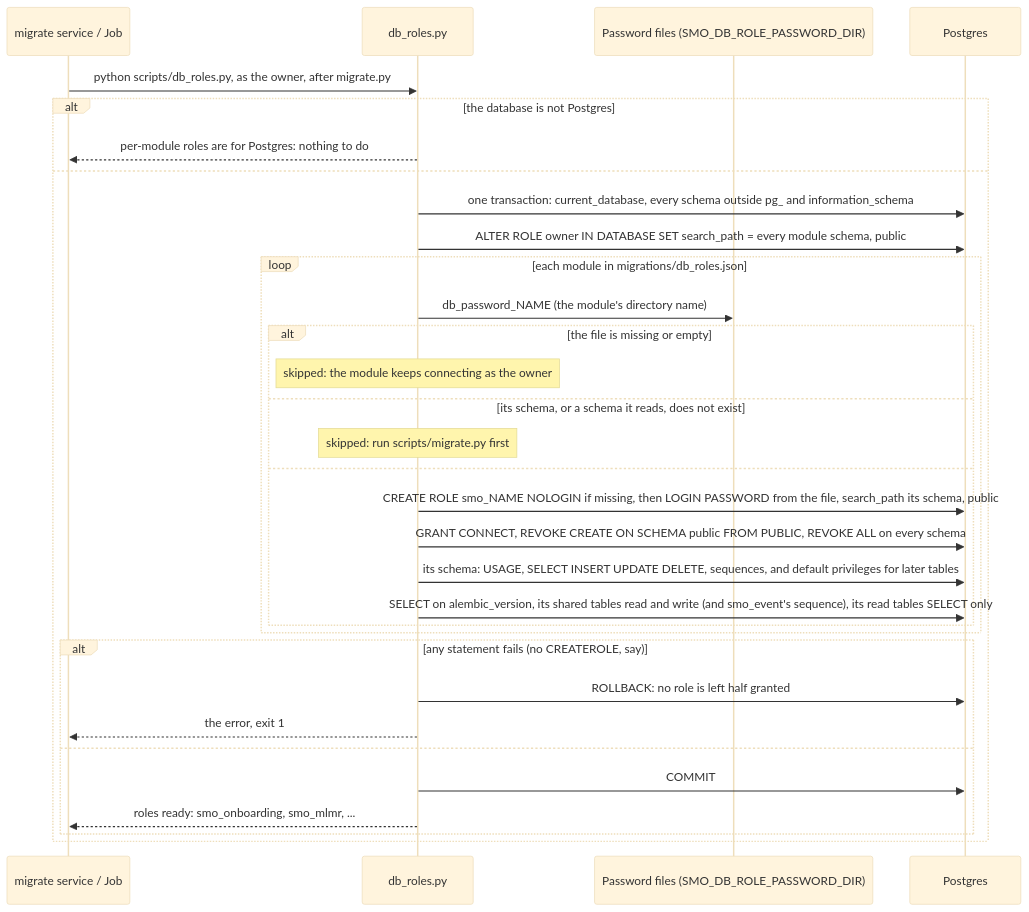
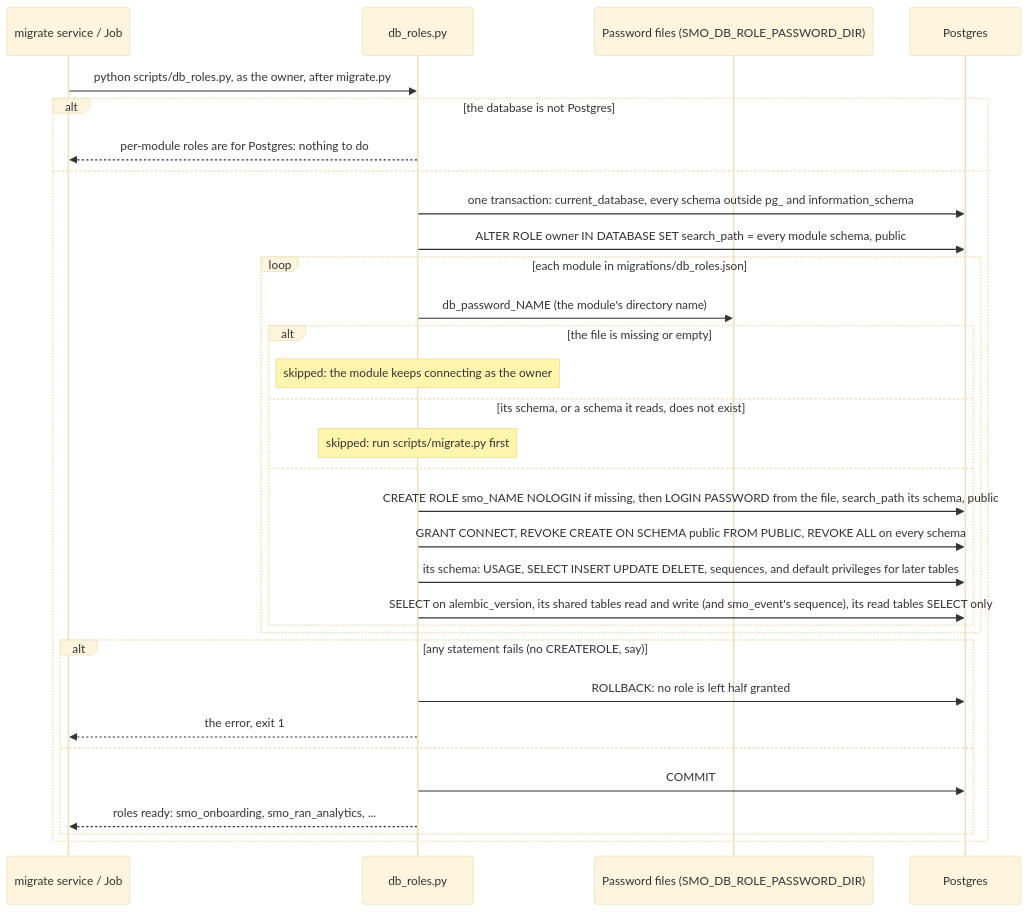
The third of 5 diagrams in smo/docs/call-flows/31-schema-migration.md (rsys-bshankar/ai-ran-smo), drawn with Mermaid (base theme) before and after one commit. The commit also changed 265 other files, not shown here.

````diff
--- a/smo/docs/call-flows/31-schema-migration.md
+++ b/smo/docs/call-flows/31-schema-migration.md
@@ -103,35 +103,35 @@
 ```mermaid
 sequenceDiagram
     participant J as migrate service / Job
     participant R as db_roles.py
     participant F as Password files (SMO_DB_ROLE_PASSWORD_DIR)
     participant DB as Postgres
 
     J->>R: python scripts/db_roles.py, as the owner, after migrate.py
     alt the database is not Postgres
         R-->>J: per-module roles are for Postgres: nothing to do
     else
         R->>DB: one transaction: current_database, every schema outside pg_ and information_schema
         R->>DB: ALTER ROLE owner IN DATABASE SET search_path = every module schema, public
         loop each module in migrations/db_roles.json
             R->>F: db_password_NAME (the module's directory name)
             alt the file is missing or empty
                 Note over R: skipped: the module keeps connecting as the owner
             else its schema, or a schema it reads, does not exist
                 Note over R: skipped: run scripts/migrate.py first
             else
                 R->>DB: CREATE ROLE smo_NAME NOLOGIN if missing, then LOGIN PASSWORD from the file, search_path its schema, public
                 R->>DB: GRANT CONNECT, REVOKE CREATE ON SCHEMA public FROM PUBLIC, REVOKE ALL on every schema
                 R->>DB: its schema: USAGE, SELECT INSERT UPDATE DELETE, sequences, and default privileges for later tables
                 R->>DB: SELECT on alembic_version, its shared tables read and write (and smo_event's sequence), its read tables SELECT only
             end
         end
         alt any statement fails (no CREATEROLE, say)
             R->>DB: ROLLBACK: no role is left half granted
             R-->>J: the error, exit 1
         else
             R->>DB: COMMIT
-            R-->>J: roles ready: smo_onboarding, smo_mlmr, ...
+            R-->>J: roles ready: smo_onboarding, smo_ran_analytics, ...
         end
     end
 ```
````
